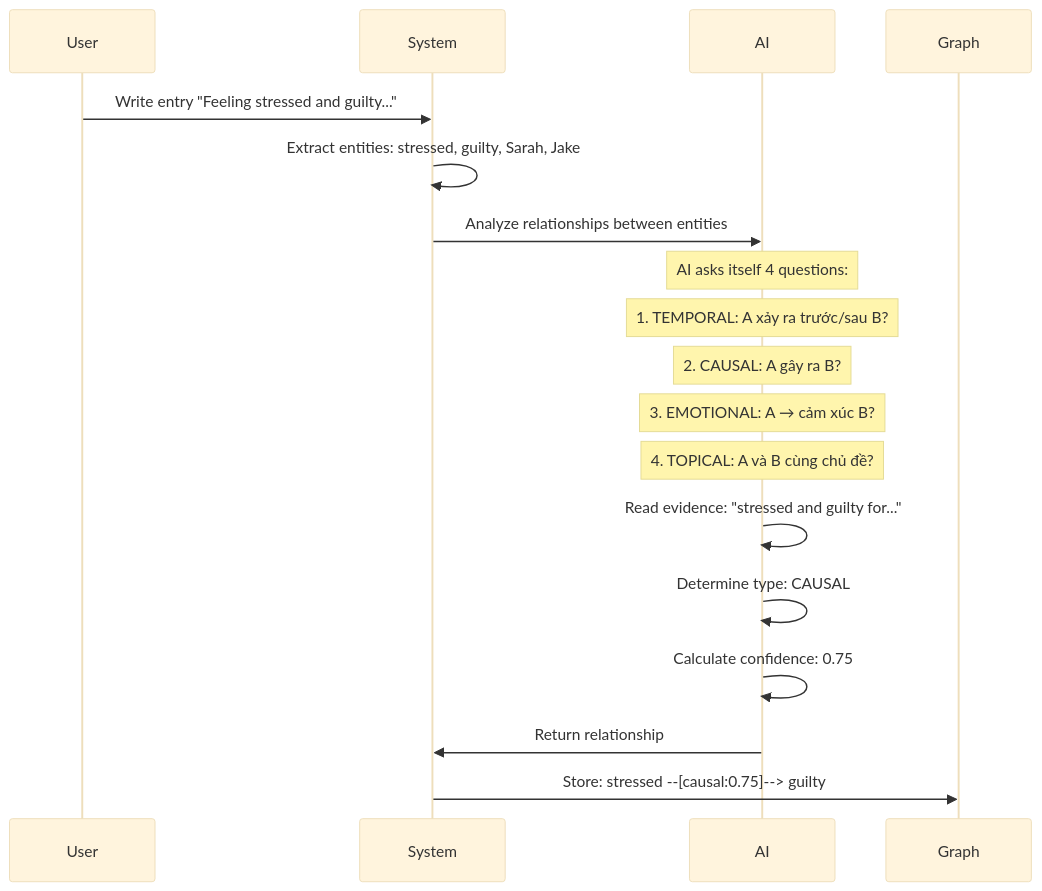
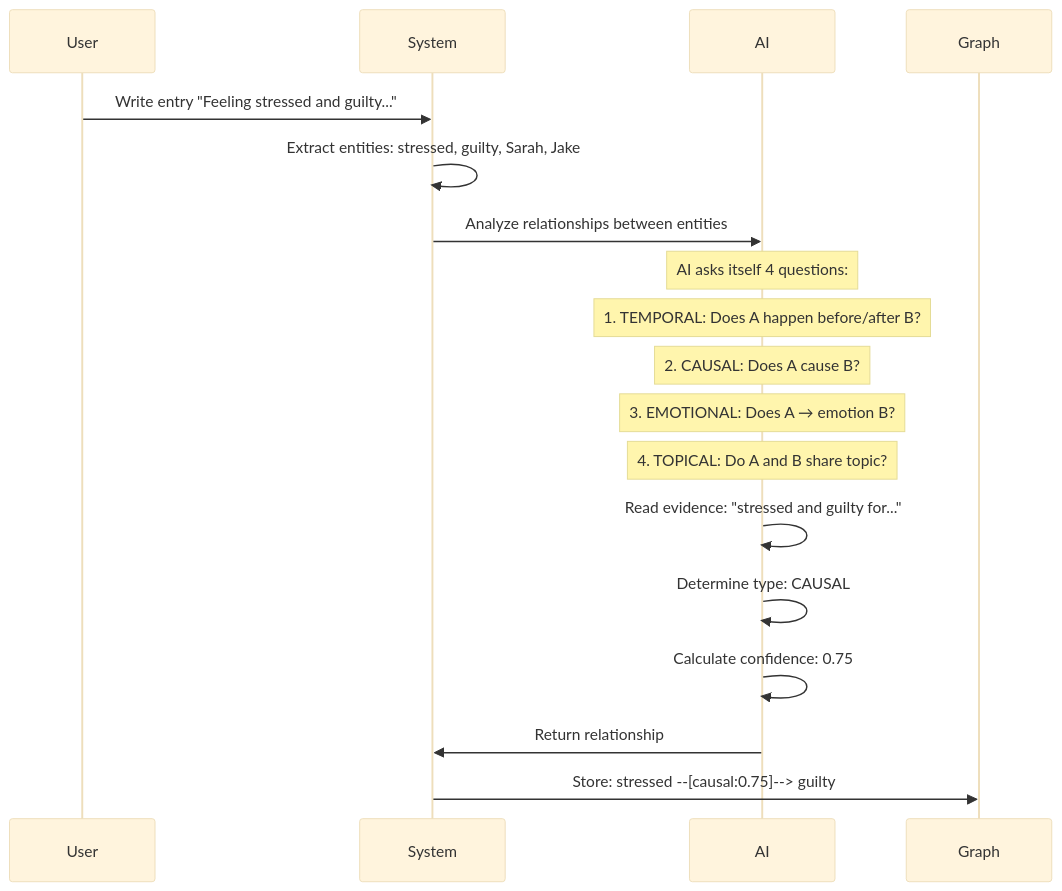
One commit to phuc-nt/kioku-ios changed the first of 8 diagrams in docs/99_lesson/TECHNICAL_DEEP_DIVE.md. Above: the diagram before and after it, drawn with Mermaid (base theme). The commit also changed other lines of this file, not shown here.

First line of the commit message:
docs: add overview scripts and fix diagram language in TECHNICAL_DEEP_DIVE

````diff
--- a/docs/99_lesson/TECHNICAL_DEEP_DIVE.md
+++ b/docs/99_lesson/TECHNICAL_DEEP_DIVE.md
@@ -33,24 +49,24 @@
 ```mermaid
 sequenceDiagram
     participant User
     participant System
     participant AI
     participant Graph
 
     User->>System: Write entry "Feeling stressed and guilty..."
     System->>System: Extract entities: stressed, guilty, Sarah, Jake
     System->>AI: Analyze relationships between entities
 
     Note over AI: AI asks itself 4 questions:
-    Note over AI: 1. TEMPORAL: A xảy ra trước/sau B?
-    Note over AI: 2. CAUSAL: A gây ra B?
-    Note over AI: 3. EMOTIONAL: A → cảm xúc B?
-    Note over AI: 4. TOPICAL: A và B cùng chủ đề?
+    Note over AI: 1. TEMPORAL: Does A happen before/after B?
+    Note over AI: 2. CAUSAL: Does A cause B?
+    Note over AI: 3. EMOTIONAL: Does A → emotion B?
+    Note over AI: 4. TOPICAL: Do A and B share topic?
 
     AI->>AI: Read evidence: "stressed and guilty for..."
     AI->>AI: Determine type: CAUSAL
     AI->>AI: Calculate confidence: 0.75
 
     AI->>System: Return relationship
     System->>Graph: Store: stressed --[causal:0.75]--> guilty
 ```
````
